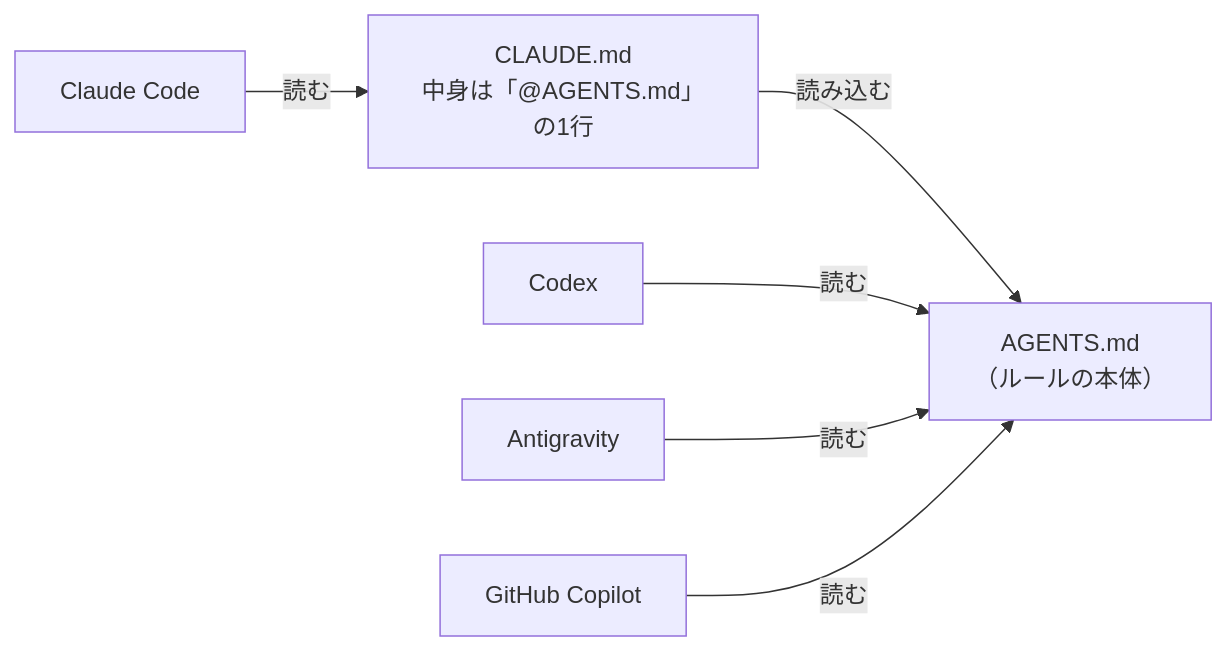
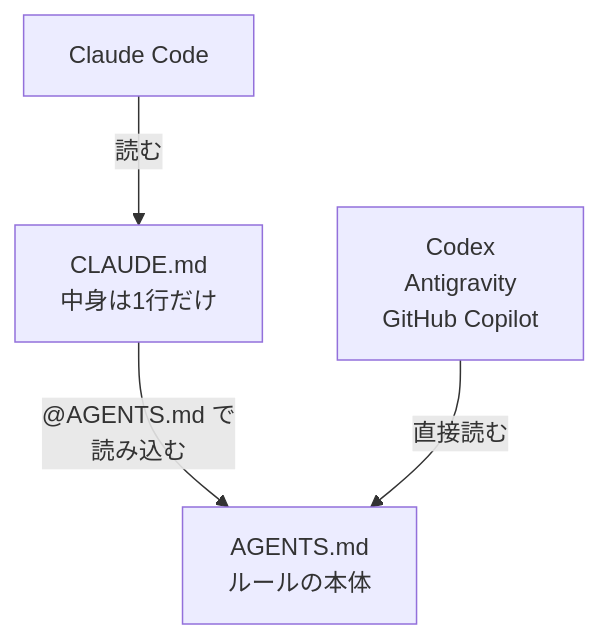
The third of 6 diagrams in docs/03-tools.md (fujitamasayoshi0402/ai-dev-setup), drawn with Mermaid before and after one commit. The commit also changed other lines of this file and 5 other files, not shown here.

First line of the commit message:
docs: 図を縦長のレイアウトにして、GitHub のボタンと重ならないように修正

````diff
--- a/docs/03-tools.md
+++ b/docs/03-tools.md
@@ -144,10 +139,7 @@
 ```mermaid
-flowchart LR
-    rules["AGENTS.md<br>（ルールの本体）"]
-    claudemd["CLAUDE.md<br>中身は「@AGENTS.md」の1行"]
-    claudemd -- "読み込む" --> rules
-    cc["Claude Code"] -- "読む" --> claudemd
-    codex["Codex"] -- "読む" --> rules
-    ag["Antigravity"] -- "読む" --> rules
-    cop["GitHub Copilot"] -- "読む" --> rules
+flowchart TD
+    cc["Claude Code"] -- "読む" --> claudemd["CLAUDE.md<br>中身は1行だけ"]
+    others["Codex<br>Antigravity<br>GitHub Copilot"]
+    claudemd -- "@AGENTS.md で<br>読み込む" --> rules["AGENTS.md<br>ルールの本体"]
+    others -- "直接読む" --> rules
 ```
````
